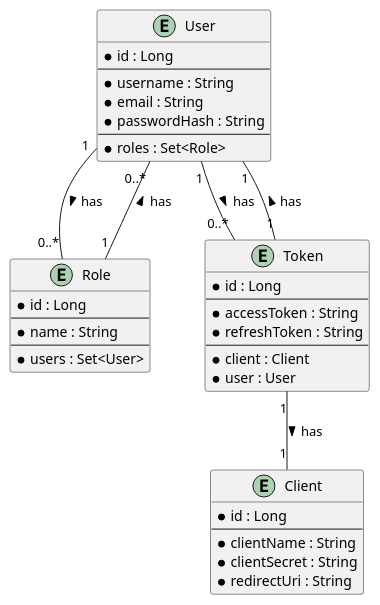
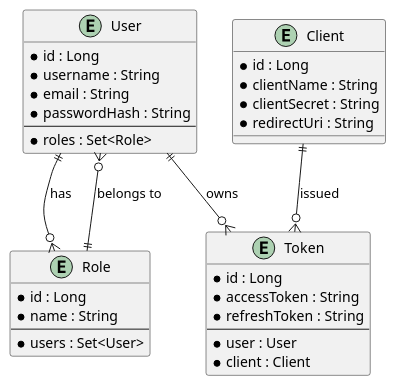
Before and after one commit to Dinesh-s95/AutoDoc.ai: the sixth of 6 diagrams in identityprovider/documentation/detaileddesign.adoc, drawn with PlantUML. The commit also changed other lines of this file and 4 other files, not shown here.

````diff
--- a/identityprovider/documentation/detaileddesign.adoc
+++ b/identityprovider/documentation/detaileddesign.adoc
@@ -381,45 +346,40 @@
 ```plantuml
 @startuml
 entity User {
-    * id : Long
-    --
-    * username : String
-    * email : String
-    * passwordHash : String
-    --
-    * roles : Set<Role>
+  * id : Long
+  * username : String
+  * email : String
+  * passwordHash : String
+  --
+  * roles : Set<Role>
 }
 
 entity Role {
-    * id : Long
-    --
-    * name : String
-    --
-    * users : Set<User>
+  * id : Long
+  * name : String
+  --
+  * users : Set<User>
 }
 
 entity Client {
-    * id : Long
-    --
-    * clientName : String
-    * clientSecret : String
-    * redirectUri : String
+  * id : Long
+  * clientName : String
+  * clientSecret : String
+  * redirectUri : String
 }
 
 entity Token {
-    * id : Long
-    --
-    * accessToken : String
-    * refreshToken : String
-    --
-    * client : Client
-    * user : User
+  * id : Long
+  * accessToken : String
+  * refreshToken : String
+  --
+  * user : User
+  * client : Client
 }
 
-User "1" -- "0..*" Role : has >
-Role "1" -- "0..*" User : has >
-User "1" -- "0..*" Token : has >
-Token "1" -- "1" Client : has >
-Token "1" -- "1" User : has >
+User ||--o{ Role : has
+Role ||--o{ User : belongs to
+User ||--o{ Token : owns
+Client ||--o{ Token : issued
 @enduml
 ```
````
